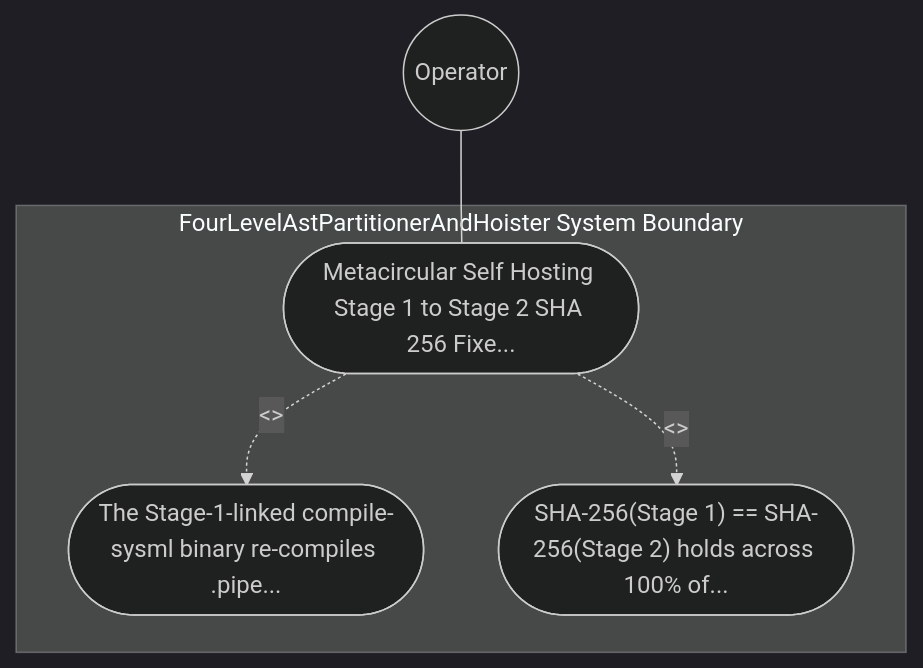
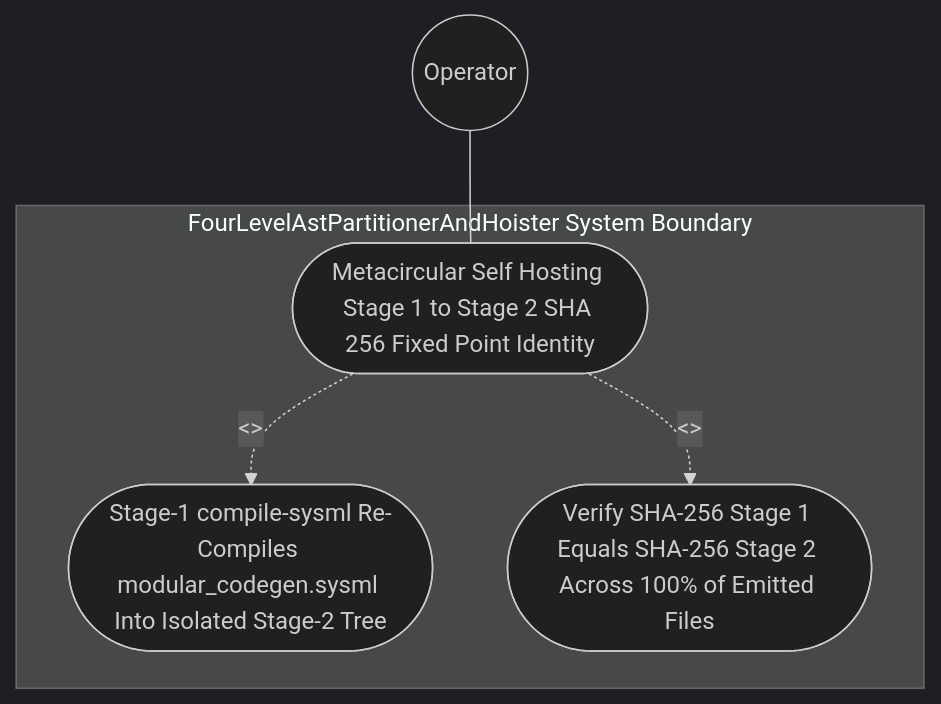
Before and after one commit to gintatkinson/DEAP01-spec-core: the diagram in .pipeline/upstream/docs/use-cases/UC-34-Metacircular_Self_Hosting_Stage_1_to_Stage_2_SHA_256_Fixed_Point_Identity.md, drawn with Mermaid (dark theme). The commit also changed other lines of this file and 225 other files, not shown here.

````diff
--- a/.pipeline/upstream/docs/use-cases/UC-34-Metacircular_Self_Hosting_Stage_1_to_Stage_2_SHA_256_Fixed_Point_Identity.md
+++ b/.pipeline/upstream/docs/use-cases/UC-34-Metacircular_Self_Hosting_Stage_1_to_Stage_2_SHA_256_Fixed_Point_Identity.md
@@ -16,11 +16,11 @@
 ```mermaid
 graph TD
     subgraph "FourLevelAstPartitionerAndHoister System Boundary"
-        UC_Main(["Metacircular Self Hosting Stage 1 to Stage 2 SHA 256 Fixe..."])
-        UC_Step01(["The Stage-1-linked compile-sysml binary re-compiles .pipe..."])
-        UC_Step02(["SHA-256(Stage 1) == SHA-256(Stage 2) holds across 100% of..."])
+        UC_Main(["Metacircular Self Hosting Stage 1 to Stage 2 SHA 256 Fixed Point Identity"])
+        UC_Step01(["Stage-1 compile-sysml Re-Compiles modular_codegen.sysml Into Isolated Stage-2 Tree"])
+        UC_Step02(["Verify SHA-256 Stage 1 Equals SHA-256 Stage 2 Across 100% of Emitted Files"])
     end
     Operator(("Operator")) --- UC_Main
     UC_Main -. "<<include>>" .-> UC_Step01
     UC_Main -. "<<include>>" .-> UC_Step02
 ```
````
